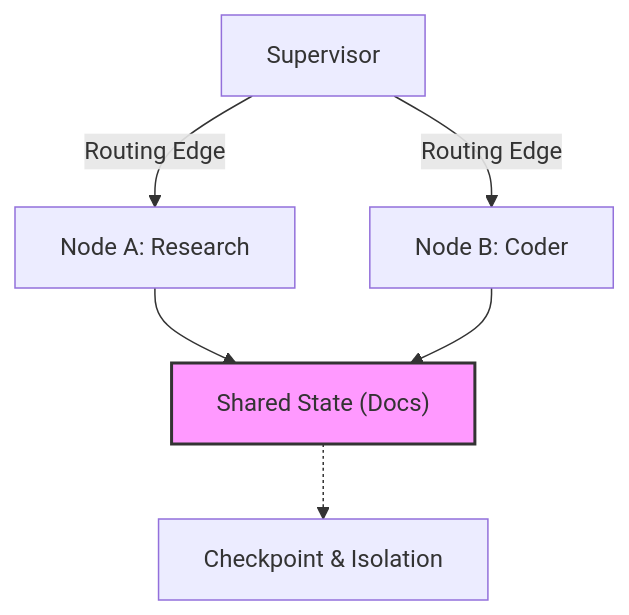
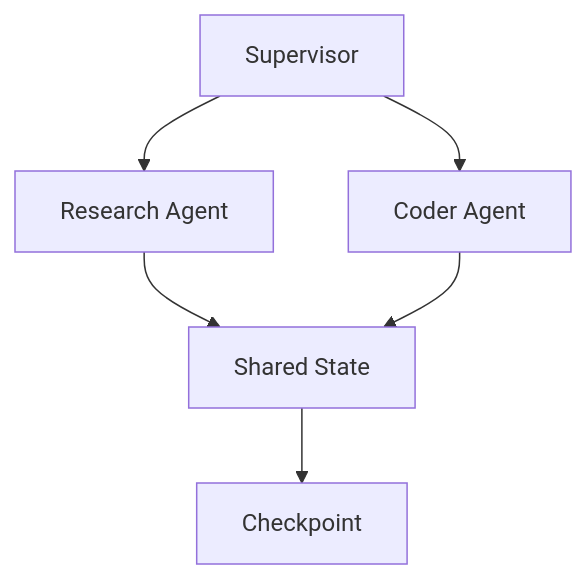
One commit to nguyengoctin/my_website changed the second of 2 diagrams in content/posts/tu-prompt-engineering-den-graph-engineering.md. Above: the diagram before and after it, drawn with Mermaid. The commit also changed other lines of this file and 208 other files, not shown here.

````diff
--- a/content/posts/tu-prompt-engineering-den-graph-engineering.md
+++ b/content/posts/tu-prompt-engineering-den-graph-engineering.md
@@ -58,9 +55,8 @@
-```mermaid
+{{< mermaid >}}
 flowchart TD
-    S["Supervisor"] --"Routing Edge"--> A["Node A: Research"]
-    S --"Routing Edge"--> B["Node B: Coder"]
-    A --> SS["Shared State (Docs)"]
-    B --> SS
-    SS -.-> C["Checkpoint & Isolation"]
-    style SS fill:#f9f,stroke:#333,stroke-width:2px
-```
+    Supervisor["Supervisor"] --> NodeA["Research Agent"]
+    Supervisor --> NodeB["Coder Agent"]
+    NodeA --> SharedState["Shared State"]
+    NodeB --> SharedState
+    SharedState --> Checkpoint["Checkpoint"]
+{{< /mermaid >}}
````
